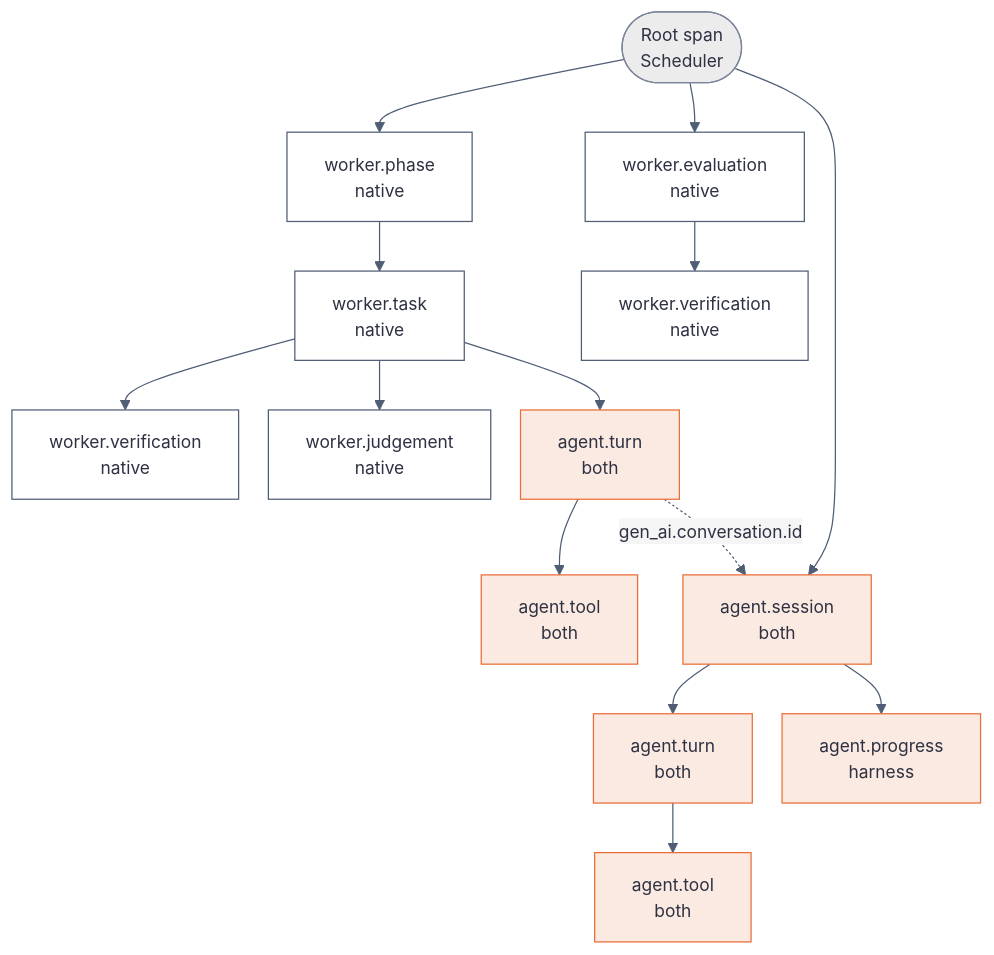
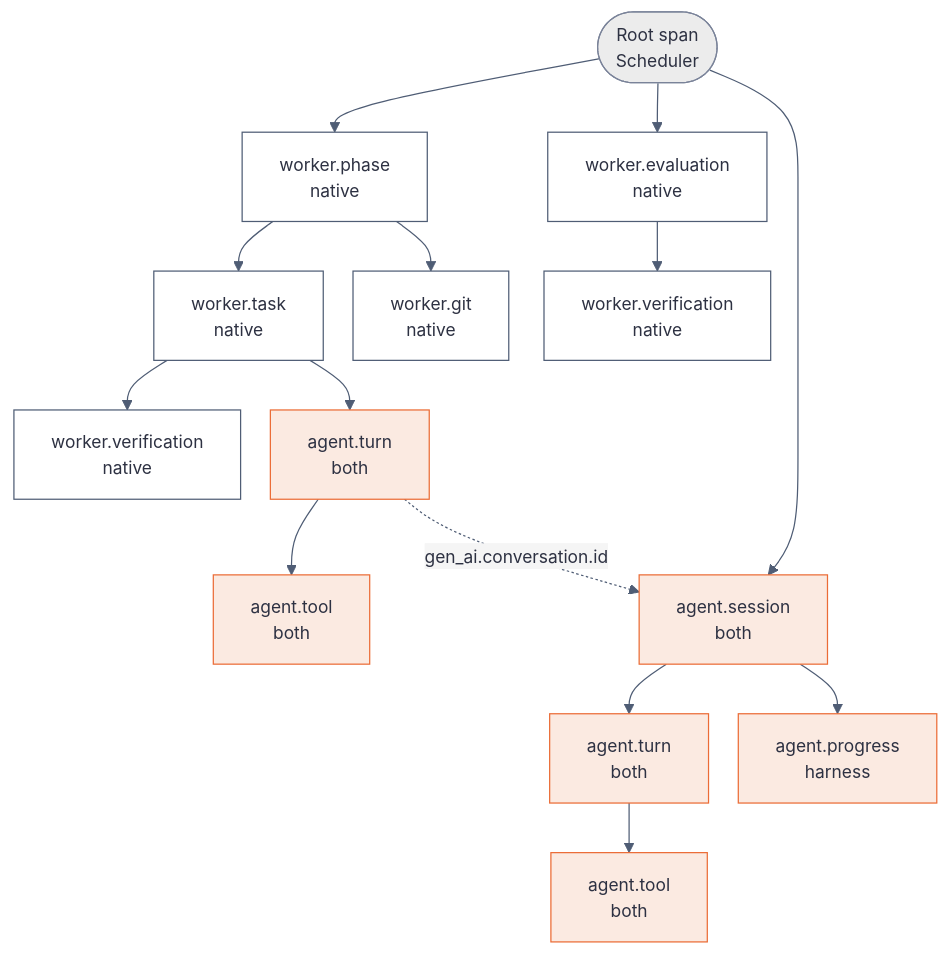
One commit to kanthorlabs/kanthord changed the diagram in docs/explanation/worker-contract.md. Above: the diagram before and after it, drawn with Mermaid. The commit also changed other lines of this file and 4 other files, not shown here.

Commit message:
docs(explanation): rewrite the coder worker pages from the redesigned code

````diff
--- a/docs/explanation/worker-contract.md
+++ b/docs/explanation/worker-contract.md
@@ -52,24 +64,24 @@
 ```mermaid
 %%{init: {"theme": "base", "themeVariables": {"background": "#f5f5f5", "primaryColor": "#ffffff", "primaryTextColor": "#2d3142", "primaryBorderColor": "#4f5d75", "secondaryColor": "#ececec", "tertiaryColor": "#f5f5f5", "lineColor": "#4f5d75", "edgeLabelBackground": "#f5f5f5", "fontFamily": "system-ui, sans-serif", "fontSize": "14px"}, "flowchart": {"htmlLabels": true, "useMaxWidth": false, "nodeSpacing": 24, "rankSpacing": 40}}}%%
 flowchart TB
     accTitle: The span tree of one execution
-    accDescr: The Scheduler opens the root span. coder@1 adds phase, task, verification and judgement spans. reviewer@1 adds evaluation and verification spans. Both a native worker and an external harness add session, turn and tool spans. An external harness adds progress spans.
+    accDescr: The Scheduler opens the root span. coder@1 adds phase, task, verification and git spans. reviewer@1 adds evaluation and verification spans. Both a native worker and an external harness add session, turn and tool spans. An external harness adds progress spans.
     root(["Root span<br/>Scheduler"])
     root --> phase["worker.phase<br/>native"]
     phase --> task["worker.task<br/>native"]
     task --> verify["worker.verification<br/>native"]
-    task --> judge["worker.judgement<br/>native"]
+    phase --> git["worker.git<br/>native"]
     root --> evaluation["worker.evaluation<br/>native"]
     evaluation --> verify2["worker.verification<br/>native"]
     task --> turn["agent.turn<br/>both"]
     root --> session["agent.session<br/>both"]
     session --> turn2["agent.turn<br/>both"]
     turn --> tool["agent.tool<br/>both"]
     turn2 --> tool2["agent.tool<br/>both"]
     session --> progress["agent.progress<br/>harness"]
     turn -. "gen_ai.conversation.id" .-> session
     classDef shared fill:#fbeae1,stroke:#eb6c36,color:#2d3142;
     classDef outcome fill:#ececec,stroke:#7a8399,color:#2d3142;
     class session,turn,turn2,tool,tool2,progress shared;
     class root outcome;
 ```
````
